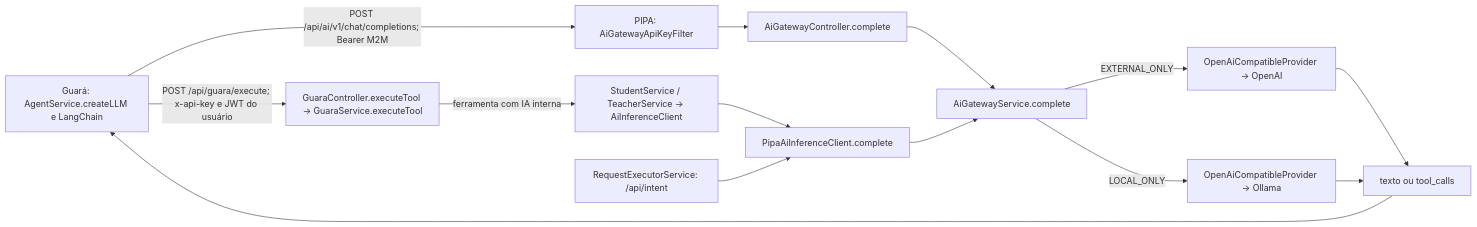
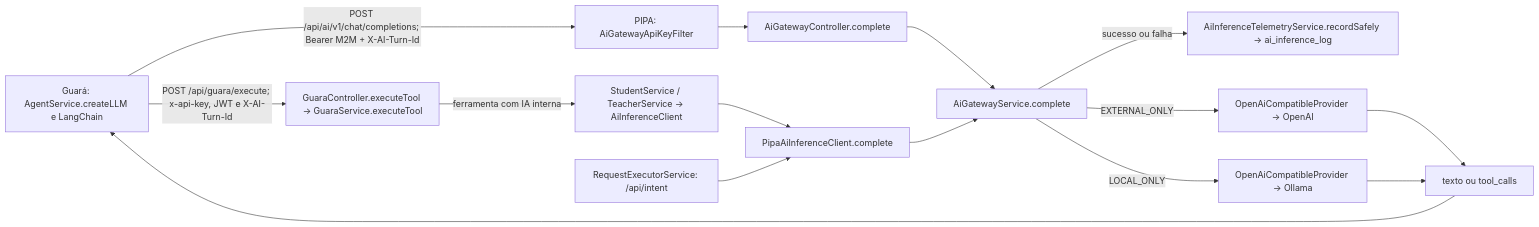
The diagram in README.md (Plataforma-Universitaria/PIPA), drawn with Mermaid before and after one commit. The commit also changed other lines of this file and 40 other files, not shown here.

````diff
--- a/README.md
+++ b/README.md
@@ -70,15 +76,16 @@
 ```mermaid
 flowchart LR
-    G["Guará: AgentService.createLLM e LangChain"] -->|"POST /api/ai/v1/chat/completions; Bearer M2M"| A["PIPA: AiGatewayApiKeyFilter"]
+    G["Guará: AgentService.createLLM e LangChain"] -->|"POST /api/ai/v1/chat/completions; Bearer M2M + X-AI-Turn-Id"| A["PIPA: AiGatewayApiKeyFilter"]
     A --> C["AiGatewayController.complete"] --> S["AiGatewayService.complete"]
+    S -->|"sucesso ou falha"| O["AiInferenceTelemetryService.recordSafely → ai_inference_log"]
     S -->|"EXTERNAL_ONLY"| E["OpenAiCompatibleProvider → OpenAI"]
     S -->|"LOCAL_ONLY"| L["OpenAiCompatibleProvider → Ollama"]
     E --> R["texto ou tool_calls"]
     L --> R
     R --> G
-    G -->|"POST /api/guara/execute; x-api-key e JWT do usuário"| T["GuaraController.executeTool → GuaraService.executeTool"]
+    G -->|"POST /api/guara/execute; x-api-key, JWT e X-AI-Turn-Id"| T["GuaraController.executeTool → GuaraService.executeTool"]
     T -->|"ferramenta com IA interna"| U["StudentService / TeacherService → AiInferenceClient"]
     U --> I["PipaAiInferenceClient.complete"]
     Q["RequestExecutorService: /api/intent"] --> I
     I --> S
 ```
````
